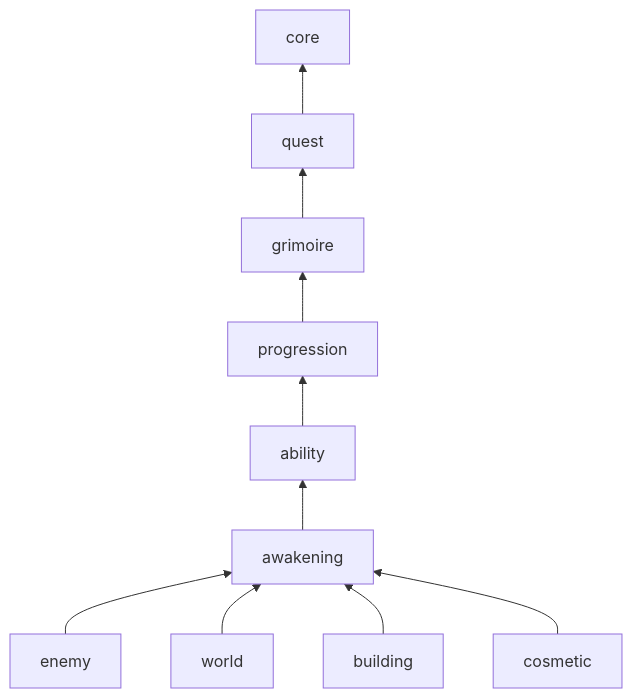
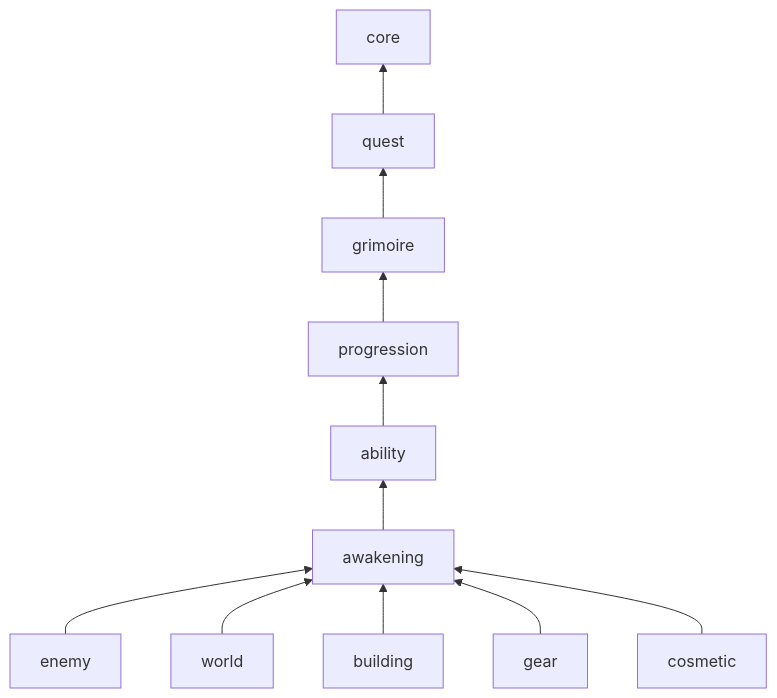
The first of 2 diagrams in docs/architecture.md (NavesDev/Grimoire-Knights), drawn with Mermaid before and after one commit. The commit also changed other lines of this file and 2 other files, not shown here.

Commit message:
docs: describe gear, combat level, new Body nodes, broom and VFX changes

````diff
--- a/docs/architecture.md
+++ b/docs/architecture.md
@@ -49,9 +50,9 @@
 ```mermaid
 flowchart BT
   quest --> core
   grimoire --> quest
   progression --> grimoire
   ability --> progression
   awakening --> ability
-  enemy & world & building & cosmetic --> awakening
+  enemy & world & building & gear & cosmetic --> awakening
 ```
````
